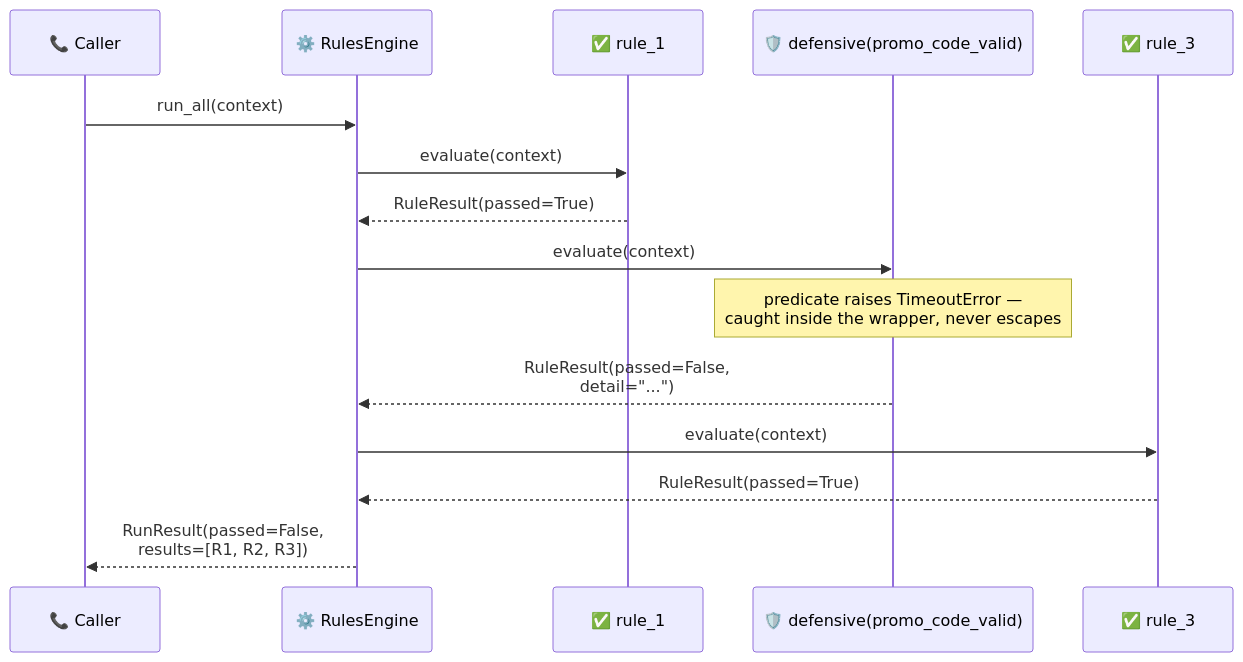
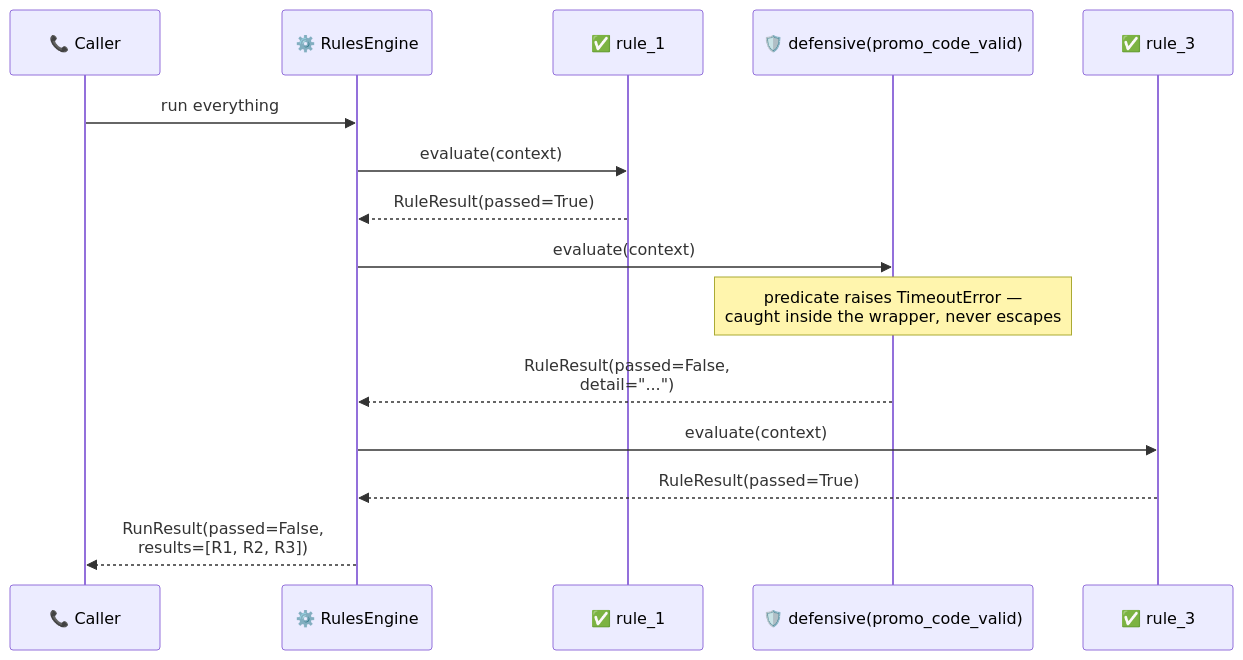
One commit to pawan-vyas/verdict-rules changed the diagram in docs/extending/isolating-flaky-predicates/README.md. Above: the diagram before and after it, drawn with Mermaid. The commit also changed other lines of this file and 3 other files, not shown here.

````diff
--- a/docs/extending/isolating-flaky-predicates/README.md
+++ b/docs/extending/isolating-flaky-predicates/README.md
@@ -37,18 +28,18 @@
 ```mermaid
 sequenceDiagram
     participant Caller as 📞 Caller
     participant Engine as ⚙️ RulesEngine
     participant R1 as ✅ rule_1
     participant R2 as 🛡️ defensive(promo_code_valid)
     participant R3 as ✅ rule_3
 
-    Caller->>Engine: run_all(context)
+    Caller->>Engine: run everything
     Engine->>R1: evaluate(context)
     R1-->>Engine: RuleResult(passed=True)
     Engine->>R2: evaluate(context)
     Note over R2: predicate raises TimeoutError —<br/>caught inside the wrapper, never escapes
     R2-->>Engine: RuleResult(passed=False,<br/>detail="...")
     Engine->>R3: evaluate(context)
     R3-->>Engine: RuleResult(passed=True)
     Engine-->>Caller: RunResult(passed=False,<br/>results=[R1, R2, R3])
 ```
````
